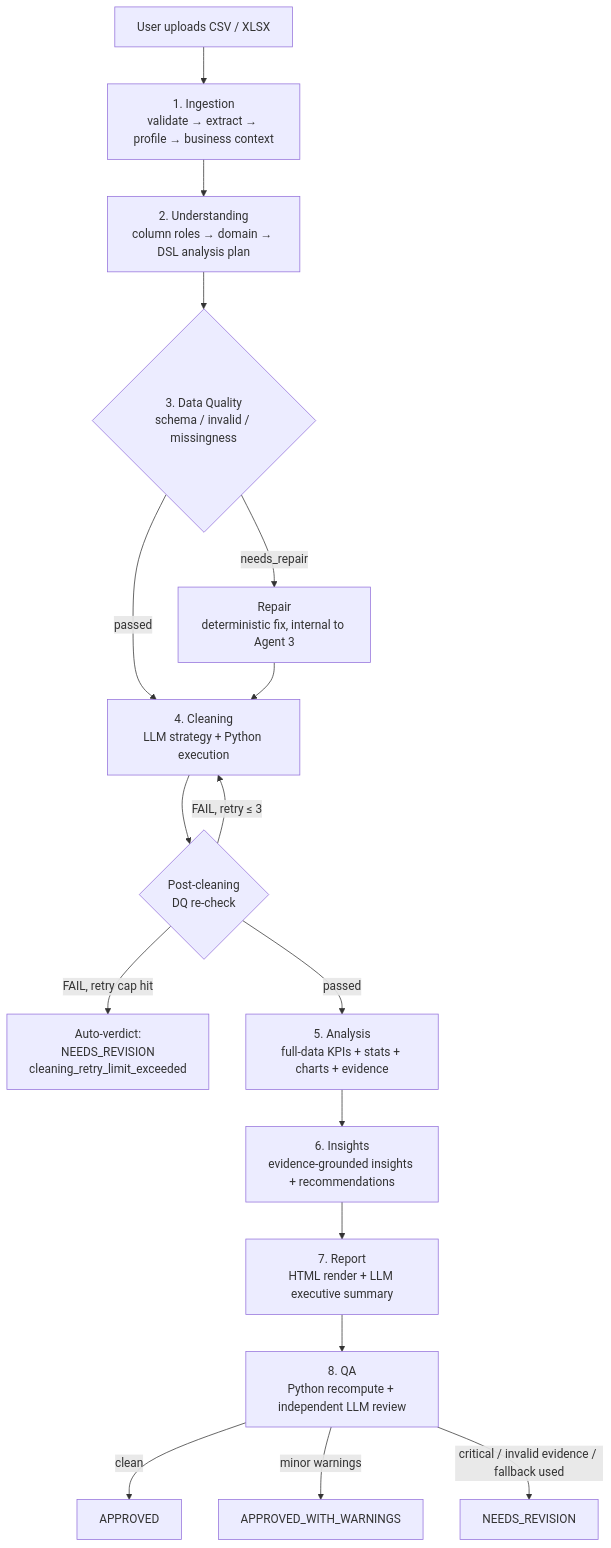
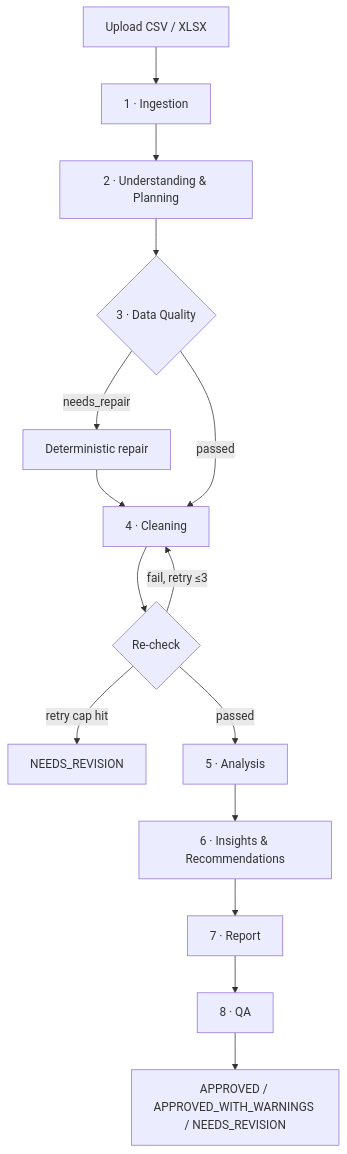
One commit to mohamedhanfi/Analyst-Agents changed the diagram in README.md. Above: the diagram before and after it, drawn with Mermaid. The commit also changed other lines of this file, not shown here.

````diff
--- a/README.md
+++ b/README.md
@@ -67,18 +47,16 @@
 ```mermaid
 flowchart TD
-    U[User uploads CSV / XLSX] --> A1[1. Ingestion<br/>validate → extract → profile → business context]
-    A1 --> A2[2. Understanding<br/>column roles → domain → DSL analysis plan]
-    A2 --> A3{3. Data Quality<br/>schema / invalid / missingness}
-    A3 -->|passed| A4[4. Cleaning<br/>LLM strategy + Python execution]
-    A3 -->|needs_repair| R[Repair<br/>deterministic fix, internal to Agent 3] --> A4
-    A4 --> DQ2{Post-cleaning<br/>DQ re-check}
-    DQ2 -->|FAIL, retry ≤ 3| A4
-    DQ2 -->|FAIL, retry cap hit| NV1[Auto-verdict:<br/>NEEDS_REVISION<br/>cleaning_retry_limit_exceeded]
-    DQ2 -->|passed| A5[5. Analysis<br/>full-data KPIs + stats + charts + evidence]
-    A5 --> A6[6. Insights<br/>evidence-grounded insights + recommendations]
-    A6 --> A7[7. Report<br/>HTML render + LLM executive summary]
-    A7 --> A8[8. QA<br/>Python recompute + independent LLM review]
-    A8 -->|clean| OK[APPROVED]
-    A8 -->|minor warnings| OKW[APPROVED_WITH_WARNINGS]
-    A8 -->|critical / invalid evidence / fallback used| NV2[NEEDS_REVISION]
+    U[Upload CSV / XLSX] --> A1[1 · Ingestion]
+    A1 --> A2[2 · Understanding & Planning]
+    A2 --> A3{3 · Data Quality}
+    A3 -->|needs_repair| R[Deterministic repair] --> A4[4 · Cleaning]
+    A3 -->|passed| A4
+    A4 --> DQ2{Re-check}
+    DQ2 -->|fail, retry ≤3| A4
+    DQ2 -->|retry cap hit| NV1[NEEDS_REVISION]
+    DQ2 -->|passed| A5[5 · Analysis]
+    A5 --> A6[6 · Insights & Recommendations]
+    A6 --> A7[7 · Report]
+    A7 --> A8[8 · QA]
+    A8 --> V[APPROVED / APPROVED_WITH_WARNINGS / NEEDS_REVISION]
 ```
````
